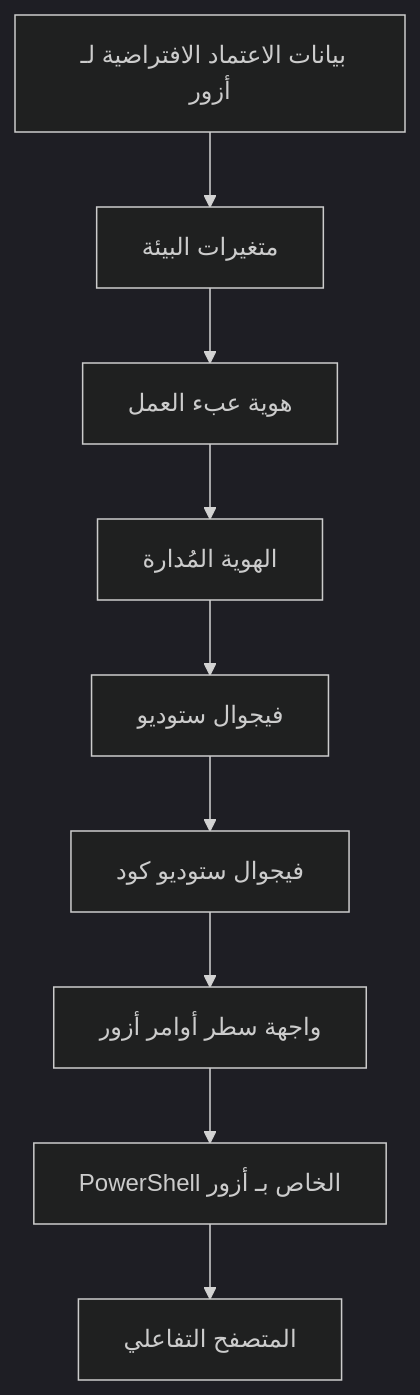
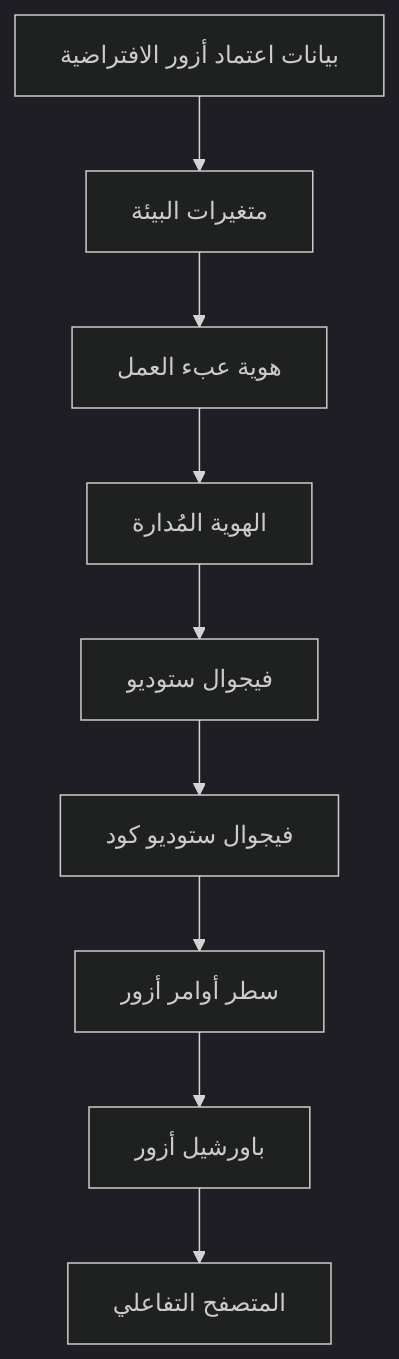
One commit to microsoft/AZD-for-beginners changed the second of 2 diagrams in translations/ar/docs/chapter-01-foundation/azd-basics.md. Above: the diagram before and after it, drawn with Mermaid (dark theme). The commit also changed other lines of this file and 101 other files, not shown here.

````diff
--- a/translations/ar/docs/chapter-01-foundation/azd-basics.md
+++ b/translations/ar/docs/chapter-01-foundation/azd-basics.md
@@ -591,11 +591,11 @@
 ```mermaid
 graph TD
-    A[بيانات الاعتماد الافتراضية لـ أزور] --> B[متغيرات البيئة]
+    A[بيانات اعتماد أزور الافتراضية] --> B[متغيرات البيئة]
     B --> C[هوية عبء العمل]
     C --> D[الهوية المُدارة]
     D --> E[فيجوال ستوديو]
     E --> F[فيجوال ستوديو كود]
-    F --> G[واجهة سطر أوامر أزور]
-    G --> H[PowerShell الخاص بـ أزور]
+    F --> G[سطر أوامر أزور]
+    G --> H[باورشيل أزور]
     H --> I[المتصفح التفاعلي]
 ```
````
